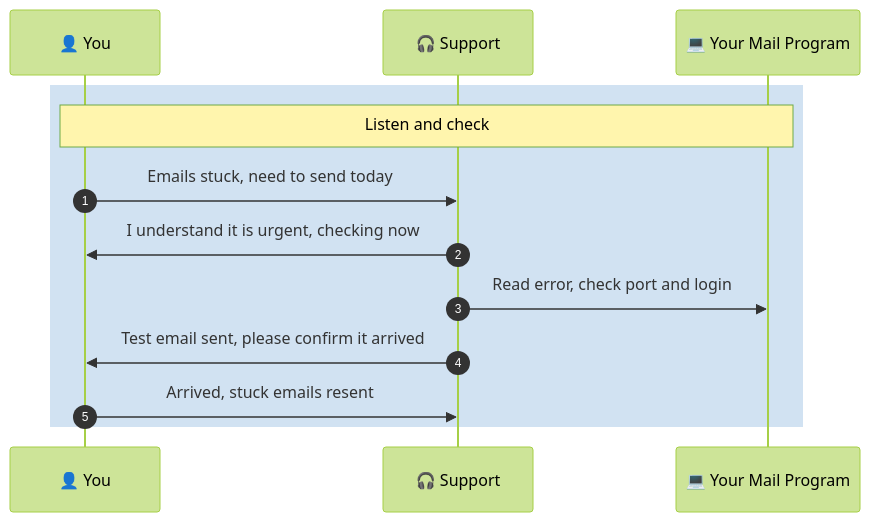
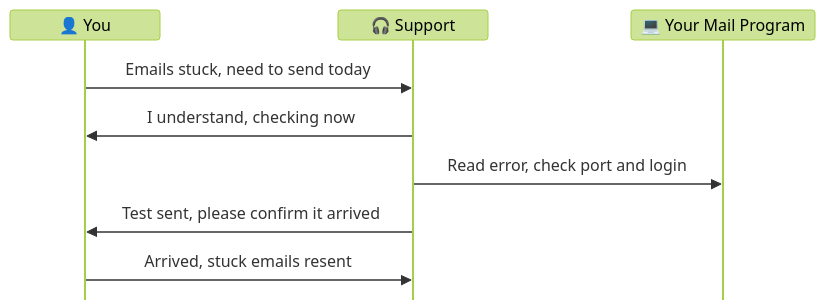
Before and after one commit to malaika-azhar/Customer-Tech-Support-Portfolio: the third of 3 diagrams in 04-Solution-guides/04.2-Email-Guide.md, drawn with Mermaid (forest theme). The commit also changed other lines of this file, not shown here.

````diff
--- a/04-Solution-guides/04.2-Email-Guide.md
+++ b/04-Solution-guides/04.2-Email-Guide.md
@@ -252,16 +252,12 @@
 ```mermaid
+%%{init: {'sequence': {'messageMargin': 24, 'height': 30, 'actorMargin': 50, 'boxMargin': 4, 'mirrorActors': false}}}%%
 sequenceDiagram
-    autonumber
     participant C as 👤 You
     participant S as 🎧 Support
     participant X as 💻 Your Mail Program
-
-    rect rgba(0, 94, 184, 0.18)
-    Note over C,X: Listen and check
     C->>S: Emails stuck, need to send today
-    S->>C: I understand it is urgent, checking now
+    S->>C: I understand, checking now
     S->>X: Read error, check port and login
-    S->>C: Test email sent, please confirm it arrived
+    S->>C: Test sent, please confirm it arrived
     C->>S: Arrived, stuck emails resent
-    end
 ```
````
